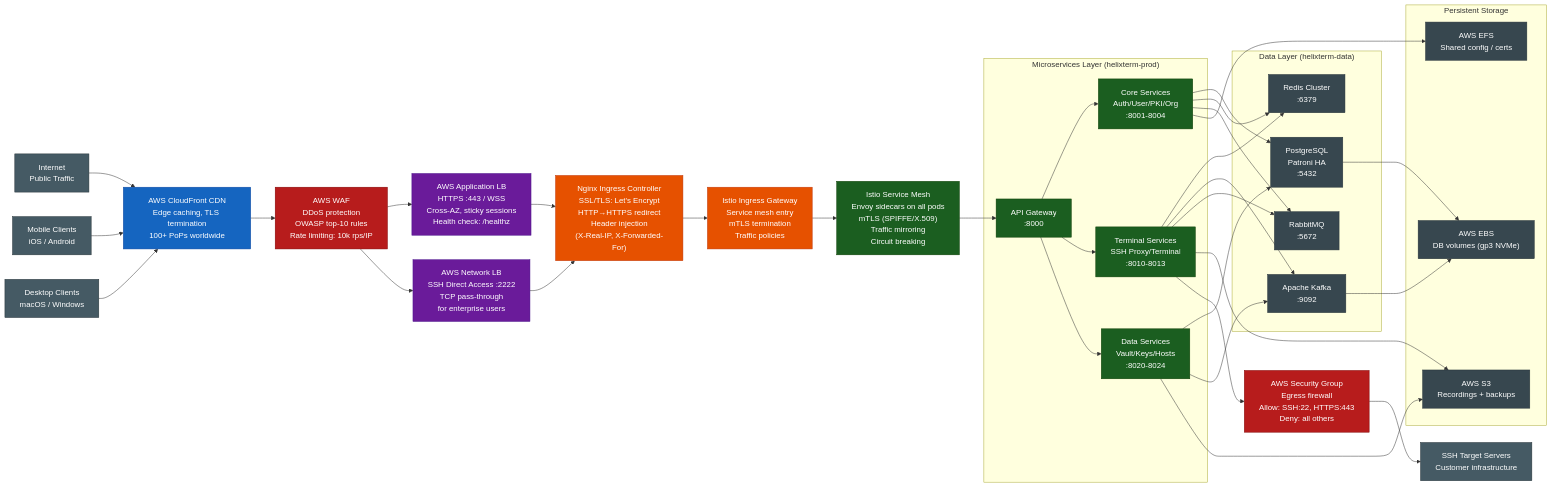
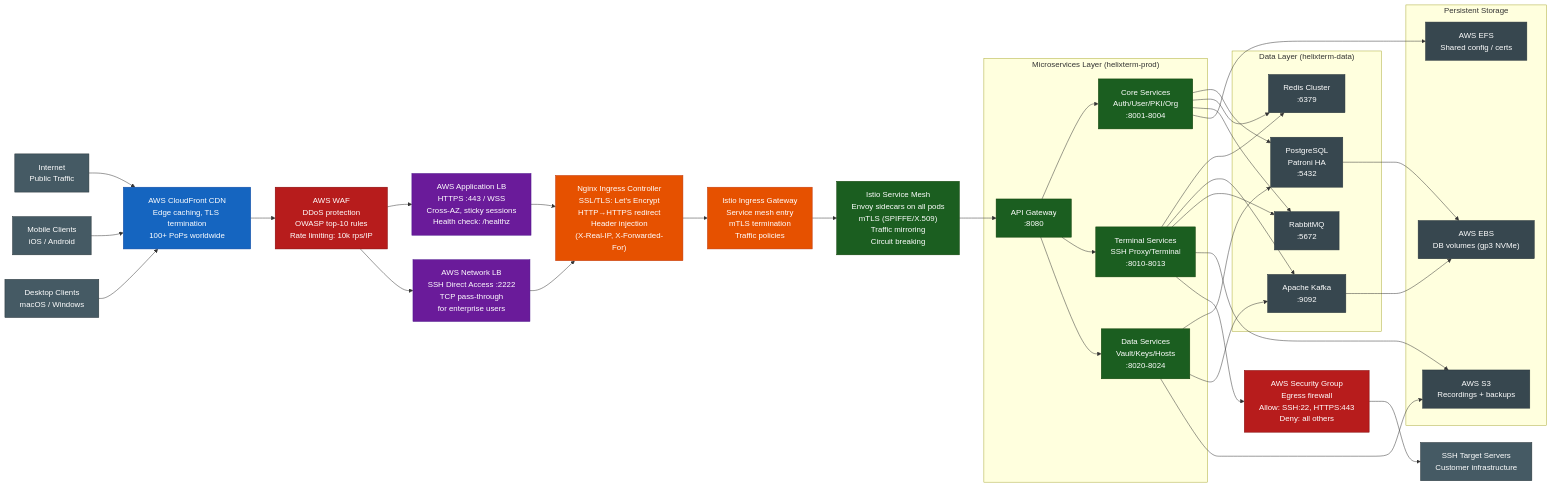
Before and after one commit to HelixDevelopment/helix_terminator: diagram 27 of 30 in docs/research/mvp/output/docs/markdown/12_mermaid_diagrams.md, drawn with Mermaid. The commit also changed other lines of this file and 45 other files, not shown here.

```diff
--- a/docs/research/mvp/output/docs/markdown/12_mermaid_diagrams.md
+++ b/docs/research/mvp/output/docs/markdown/12_mermaid_diagrams.md
@@ -2384,7 +2384,7 @@
     ISTIO_MESH["Istio Service Mesh\nEnvoy sidecars on all pods\nmTLS (SPIFFE/X.509)\nTraffic mirroring\nCircuit breaking"]
 
     subgraph SERVICES["Microservices Layer (helixterm-prod)"]
-        API_GW["API Gateway\n:8000"]
+        API_GW["API Gateway\n:8080"]
         CORE_SVCS["Core Services\nAuth/User/PKI/Org\n:8001-8004"]
         TERM_SVCS["Terminal Services\nSSH Proxy/Terminal\n:8010-8013"]
         DATA_SVCS["Data Services\nVault/Keys/Hosts\n:8020-8024"]
```
